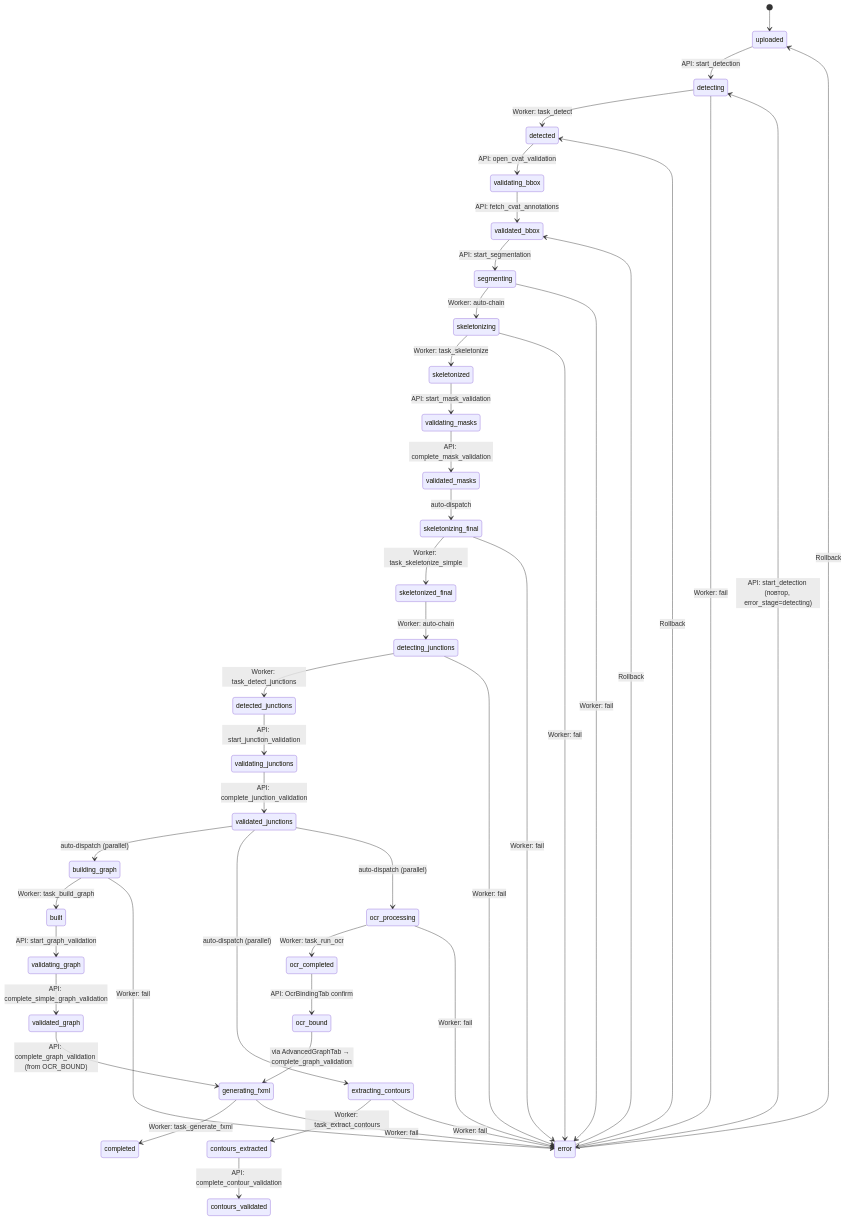
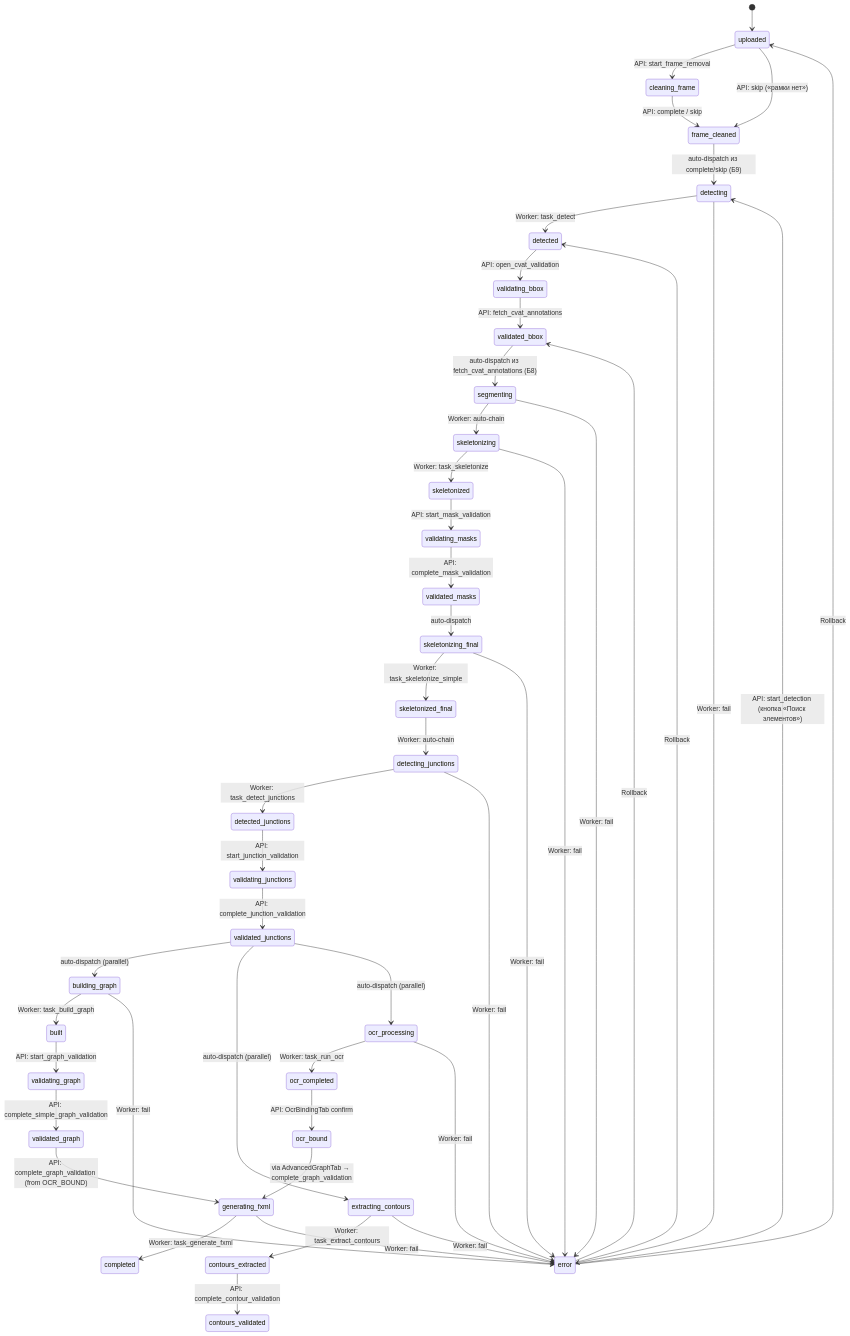
The diagram in docs/STATUS_MACHINE.md (gromli66/pid-pipeline), drawn with Mermaid before and after one commit. The commit also changed other lines of this file and 1 other file, not shown here.

````diff
--- a/docs/STATUS_MACHINE.md
+++ b/docs/STATUS_MACHINE.md
@@ -61,58 +61,62 @@
 ```mermaid
 stateDiagram-v2
     [*] --> uploaded
 
-    uploaded --> detecting : API: start_detection
+    uploaded --> cleaning_frame : API: start_frame_removal
+    cleaning_frame --> frame_cleaned : API: complete / skip
+    uploaded --> frame_cleaned : API: skip («рамки нет»)
+
+    frame_cleaned --> detecting : auto-dispatch из complete/skip (Б9)
+    error --> detecting : API: start_detection (кнопка «Поиск элементов»)
     detecting --> detected : Worker: task_detect
     detecting --> error : Worker: fail
 
     detected --> validating_bbox : API: open_cvat_validation
     validating_bbox --> validated_bbox : API: fetch_cvat_annotations
 
-    validated_bbox --> segmenting : API: start_segmentation
+    validated_bbox --> segmenting : auto-dispatch из fetch_cvat_annotations (Б8)
     segmenting --> skeletonizing : Worker: auto-chain
     skeletonizing --> skeletonized : Worker: task_skeletonize
     segmenting --> error : Worker: fail
     skeletonizing --> error : Worker: fail
 
     skeletonized --> validating_masks : API: start_mask_validation
     validating_masks --> validated_masks : API: complete_mask_validation
 
     validated_masks --> skeletonizing_final : auto-dispatch
     skeletonizing_final --> skeletonized_final : Worker: task_skeletonize_simple
     skeletonized_final --> detecting_junctions : Worker: auto-chain
     detecting_junctions --> detected_junctions : Worker: task_detect_junctions
     skeletonizing_final --> error : Worker: fail
     detecting_junctions --> error : Worker: fail
 
     detected_junctions --> validating_junctions : API: start_junction_validation
     validating_junctions --> validated_junctions : API: complete_junction_validation
 
     validated_junctions --> building_graph : auto-dispatch (parallel)
     validated_junctions --> extracting_contours : auto-dispatch (parallel)
     validated_junctions --> ocr_processing : auto-dispatch (parallel)
 
     building_graph --> built : Worker: task_build_graph
     built --> validating_graph : API: start_graph_validation
     validating_graph --> validated_graph : API: complete_simple_graph_validation
 
     extracting_contours --> contours_extracted : Worker: task_extract_contours
     contours_extracted --> contours_validated : API: complete_contour_validation
 
     ocr_processing --> ocr_completed : Worker: task_run_ocr
     ocr_completed --> ocr_bound : API: OcrBindingTab confirm
 
     validated_graph --> generating_fxml : API: complete_graph_validation (from OCR_BOUND)
     ocr_bound --> generating_fxml : via AdvancedGraphTab → complete_graph_validation
     generating_fxml --> completed : Worker: task_generate_fxml
 
     building_graph --> error : Worker: fail
     extracting_contours --> error : Worker: fail
     ocr_processing --> error : Worker: fail
     generating_fxml --> error : Worker: fail
 
-    error --> detecting : API: start_detection (повтор, error_stage=detecting)
     error --> uploaded : Rollback
     error --> detected : Rollback
     error --> validated_bbox : Rollback
 ```
````
